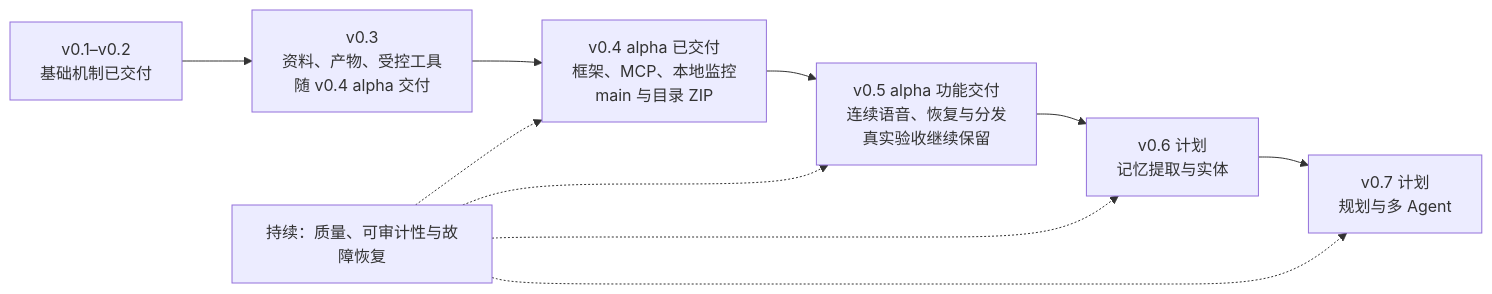
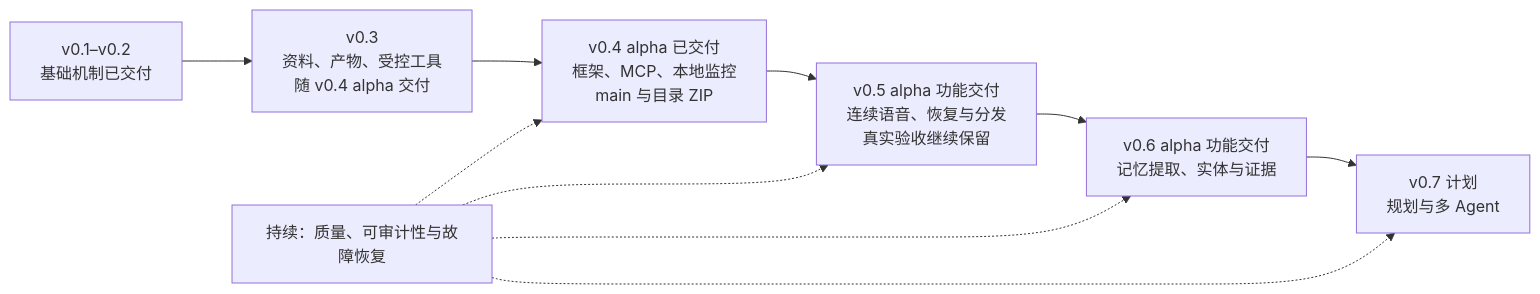
Before and after one commit to MuzeAnisichael/GreatSage: the diagram in docs/roadmap.md, drawn with Mermaid. The commit also changed other lines of this file and 22 other files, not shown here.

````diff
--- a/docs/roadmap.md
+++ b/docs/roadmap.md
@@ -17,12 +18,12 @@
 ```mermaid
 flowchart LR
     A["v0.1–v0.2<br/>基础机制已交付"] --> B["v0.3<br/>资料、产物、受控工具<br/>随 v0.4 alpha 交付"]
     B --> C["v0.4 alpha 已交付<br/>框架、MCP、本地监控<br/>main 与目录 ZIP"]
     C --> D["v0.5 alpha 功能交付<br/>连续语音、恢复与分发<br/>真实验收继续保留"]
-    D --> E["v0.6 计划<br/>记忆提取与实体"]
+    D --> E["v0.6 alpha 功能交付<br/>记忆提取、实体与证据"]
     E --> F["v0.7 计划<br/>规划与多 Agent"]
     R["持续：质量、可审计性与故障恢复"] -.-> C
     R -.-> D
     R -.-> E
     R -.-> F
 ```
````
